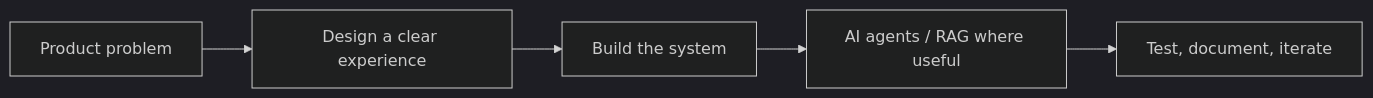
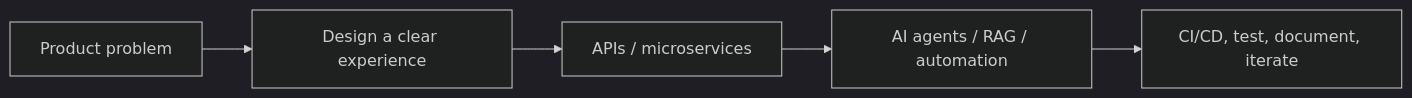
The diagram in README.md (Cod4Nitish/Cod4Nitish), drawn with Mermaid (dark theme) before and after one commit. The commit also changed other lines of this file, not shown here.

````diff
--- a/README.md
+++ b/README.md
@@ -47,7 +53,7 @@
 ```mermaid
 flowchart LR
     A[Product problem] --> B[Design a clear experience]
-    B --> C[Build the system]
-    C --> D[AI agents / RAG where useful]
-    D --> E[Test, document, iterate]
+    B --> C[APIs / microservices]
+    C --> D[AI agents / RAG / automation]
+    D --> E[CI/CD, test, document, iterate]
 ```
````
